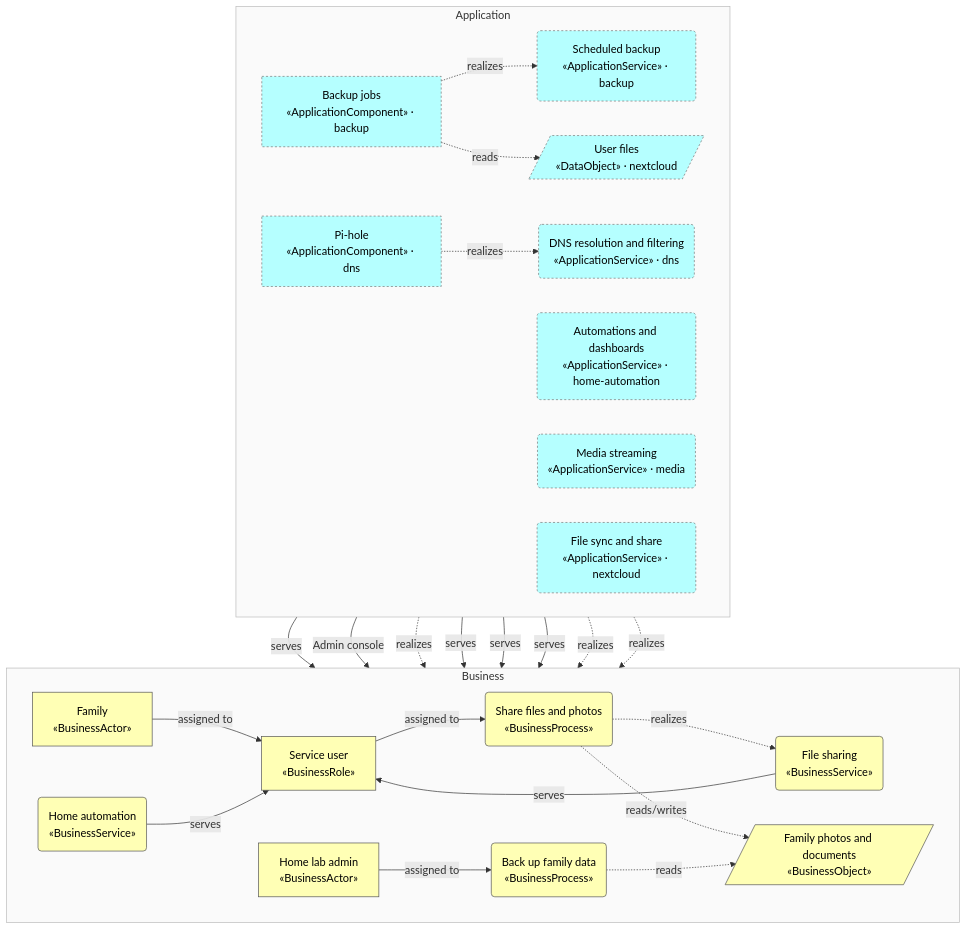
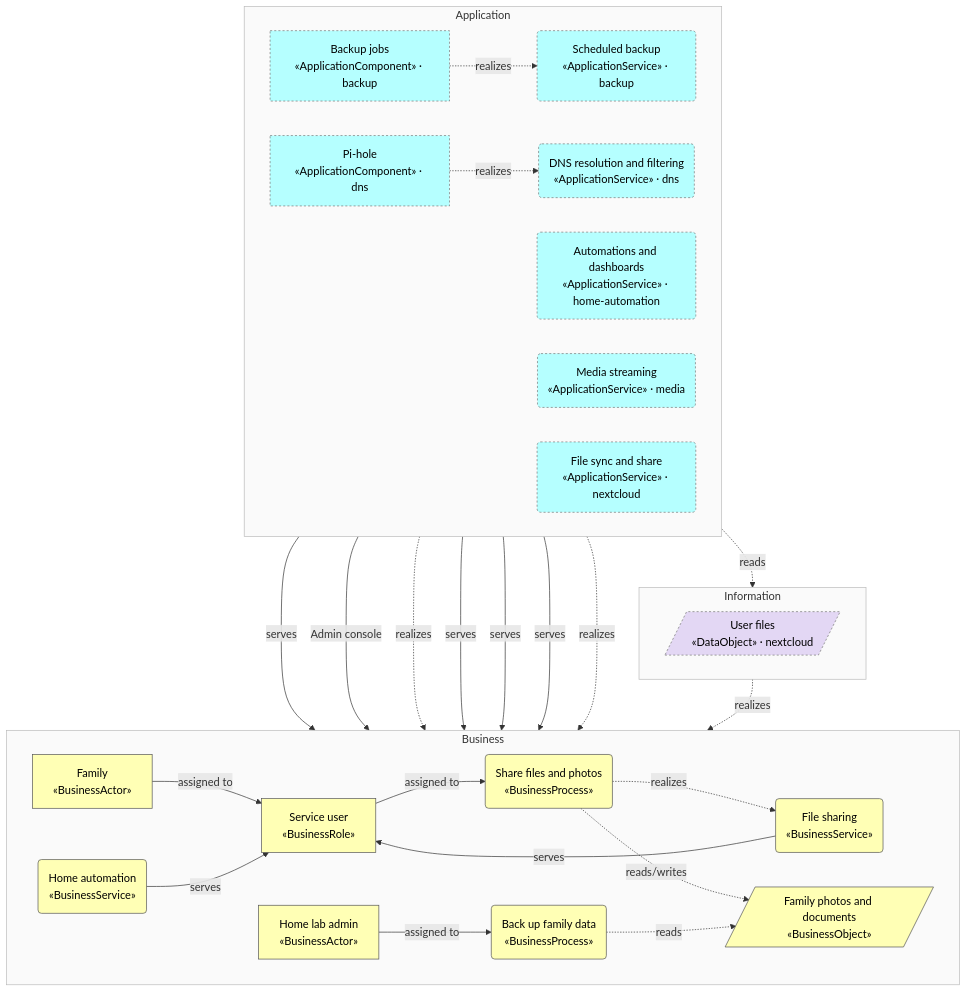
The third of 3 diagrams in docs/enterprise/view-business.md (b-zig/a4m), drawn with Mermaid before and after one commit. The commit also changed other lines of this file and 83 other files, not shown here.

````diff
--- a/docs/enterprise/view-business.md
+++ b/docs/enterprise/view-business.md
@@ -123,52 +135,58 @@
 ```mermaid
 flowchart TB
   subgraph layer_business["Business"]
     direction LR
     bus_family["Family<br/>«BusinessActor»"]
     bus_admin["Home lab admin<br/>«BusinessActor»"]
     bus_role_user["Service user<br/>«BusinessRole»"]
     bus_proc_share("Share files and photos<br/>«BusinessProcess»")
     bus_proc_backup("Back up family data<br/>«BusinessProcess»")
     bus_svc_file_sharing("File sharing<br/>«BusinessService»")
     bus_svc_automation("Home automation<br/>«BusinessService»")
     bus_obj_photos[/"Family photos and documents<br/>«BusinessObject»"/]
   end
+  subgraph layer_information["Information"]
+    direction LR
+    nextcloud__data_files[/"User files<br/>«DataObject» · nextcloud"/]
+  end
   subgraph layer_application["Application"]
     direction LR
     backup__app_backup["Backup jobs<br/>«ApplicationComponent» · backup"]
     backup__app_svc_backup("Scheduled backup<br/>«ApplicationService» · backup")
     dns__app_pihole["Pi-hole<br/>«ApplicationComponent» · dns"]
     dns__app_svc_dns("DNS resolution and filtering<br/>«ApplicationService» · dns")
     home_automation__app_svc_automation("Automations and dashboards<br/>«ApplicationService» · home-automation")
     media__app_svc_streaming("Media streaming<br/>«ApplicationService» · media")
-    nextcloud__app_data_files[/"User files<br/>«DataObject» · nextcloud"/]
     nextcloud__app_svc_file_sync("File sync and share<br/>«ApplicationService» · nextcloud")
   end
   bus_family -->|"assigned to"| bus_role_user
   bus_role_user -->|"assigned to"| bus_proc_share
   bus_admin -->|"assigned to"| bus_proc_backup
   bus_proc_share -.->|"realizes"| bus_svc_file_sharing
   bus_svc_file_sharing -->|"serves"| bus_role_user
   bus_svc_automation -->|"serves"| bus_role_user
   bus_proc_share -.->|"reads/writes"| bus_obj_photos
   bus_proc_backup -.->|"reads"| bus_obj_photos
   backup__app_backup -.->|"realizes"| backup__app_svc_backup
   backup__app_svc_backup -->|"serves"| bus_proc_backup
-  backup__app_backup -.->|"reads"| nextcloud__app_data_files
+  backup__app_backup -.->|"reads"| nextcloud__data_files
   dns__app_pihole -.->|"realizes"| dns__app_svc_dns
   dns__app_svc_dns -->|"Admin console"| bus_admin
   home_automation__app_svc_automation -.->|"realizes"| bus_svc_automation
   home_automation__app_svc_automation -->|"serves"| bus_role_user
   media__app_svc_streaming -->|"serves"| bus_role_user
   nextcloud__app_svc_file_sync -->|"serves"| bus_proc_share
   nextcloud__app_svc_file_sync -.->|"realizes"| bus_svc_file_sharing
-  nextcloud__app_data_files -.->|"realizes"| bus_obj_photos
+  nextcloud__data_files -.->|"realizes"| bus_obj_photos
   classDef business fill:#FFFFB5,stroke:#555,color:#000
   class bus_family,bus_admin,bus_role_user,bus_proc_share,bus_proc_backup,bus_svc_file_sharing,bus_svc_automation,bus_obj_photos business
   style layer_business fill:#fafafa,stroke:#bbb
+  classDef information fill:#E3D7F4,stroke:#555,color:#000
+  class nextcloud__data_files information
+  style layer_information fill:#fafafa,stroke:#bbb
   classDef application fill:#B5FFFF,stroke:#555,color:#000
-  class backup__app_backup,backup__app_svc_backup,dns__app_pihole,dns__app_svc_dns,home_automation__app_svc_automation,media__app_svc_streaming,nextcloud__app_data_files,nextcloud__app_svc_file_sync application
+  class backup__app_backup,backup__app_svc_backup,dns__app_pihole,dns__app_svc_dns,home_automation__app_svc_automation,media__app_svc_streaming,nextcloud__app_svc_file_sync application
   style layer_application fill:#fafafa,stroke:#bbb
   classDef foreign stroke:#777,stroke-dasharray:3 3
-  class backup__app_backup,backup__app_svc_backup,dns__app_pihole,dns__app_svc_dns,home_automation__app_svc_automation,media__app_svc_streaming,nextcloud__app_data_files,nextcloud__app_svc_file_sync foreign
+  class backup__app_backup,backup__app_svc_backup,dns__app_pihole,dns__app_svc_dns,home_automation__app_svc_automation,media__app_svc_streaming,nextcloud__app_svc_file_sync,nextcloud__data_files foreign
 ```
````
